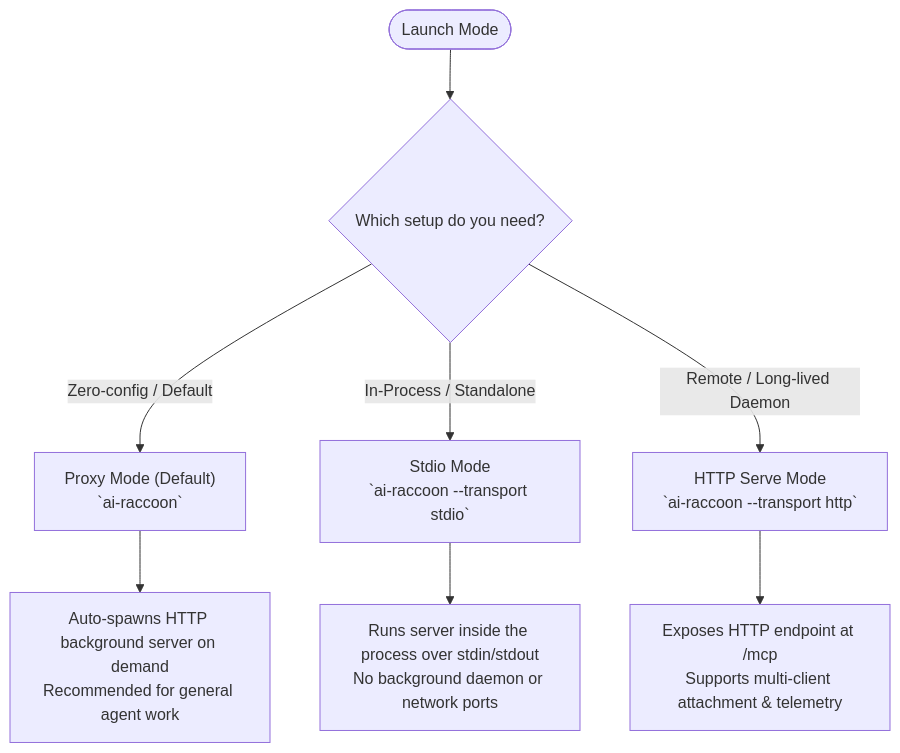
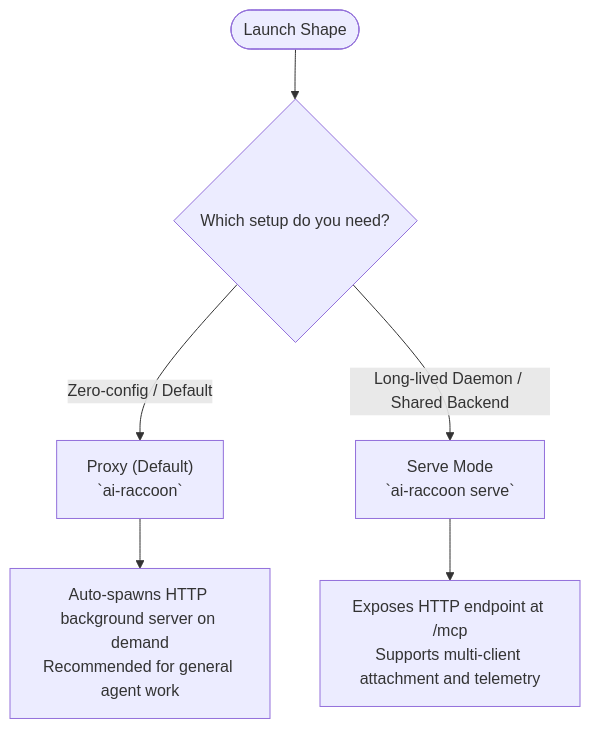
One commit to Arasz/ai-raccoon changed the second of 2 diagrams in docs/tutorials/get-started-with-ai-raccoon.md. Above: the diagram before and after it, drawn with Mermaid. The commit also changed other lines of this file and 9 other files, not shown here.

First line of the commit message:
task(air-remove-stdio-full-server-mode-p4): docs off removed stdio mode + ADR-0104

````diff
--- a/docs/tutorials/get-started-with-ai-raccoon.md
+++ b/docs/tutorials/get-started-with-ai-raccoon.md
@@ -51,12 +54,10 @@
 ```mermaid
 graph TD
-    Start([Launch Mode]) --> Choice{Which setup do you need?}
+    Start([Launch Shape]) --> Choice{Which setup do you need?}
     
-    Choice -->|Zero-config / Default| Proxy["Proxy Mode (Default)\n`ai-raccoon`"]
-    Choice -->|In-Process / Standalone| Stdio["Stdio Mode\n`ai-raccoon --transport stdio`"]
-    Choice -->|Remote / Long-lived Daemon| HTTP["HTTP Serve Mode\n`ai-raccoon --transport http`"]
+    Choice -->|Zero-config / Default| Proxy["Proxy (Default)\n`ai-raccoon`"]
+    Choice -->|Long-lived Daemon / Shared Backend| HTTP["Serve Mode\n`ai-raccoon serve`"]
     
     Proxy --> P_Desc["Auto-spawns HTTP background server on demand\nRecommended for general agent work"]
-    Stdio --> S_Desc["Runs server inside the process over stdin/stdout\nNo background daemon or network ports"]
-    HTTP --> H_Desc["Exposes HTTP endpoint at /mcp\nSupports multi-client attachment & telemetry"]
+    HTTP --> H_Desc["Exposes HTTP endpoint at /mcp\nSupports multi-client attachment and telemetry"]
 ```
````
